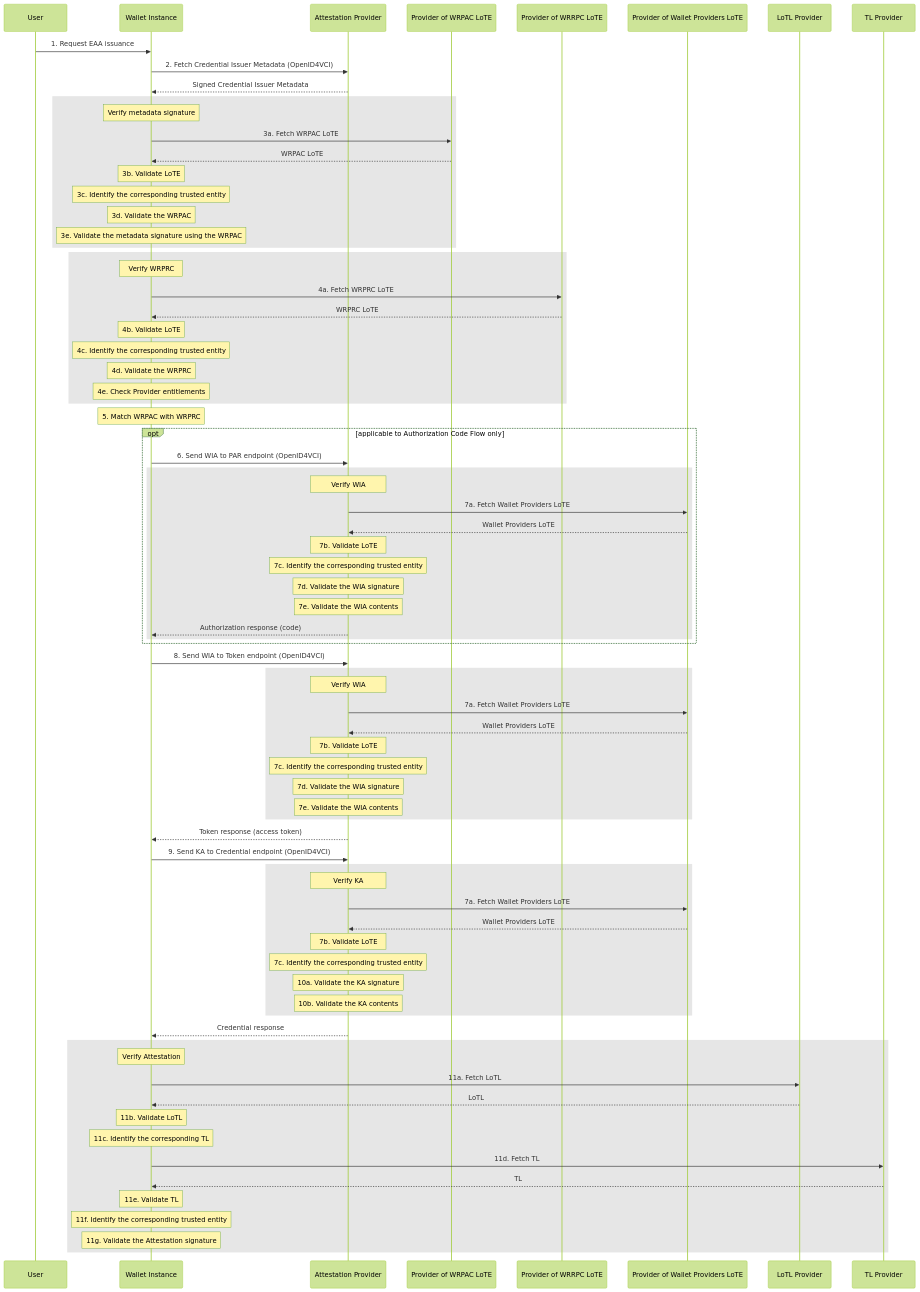
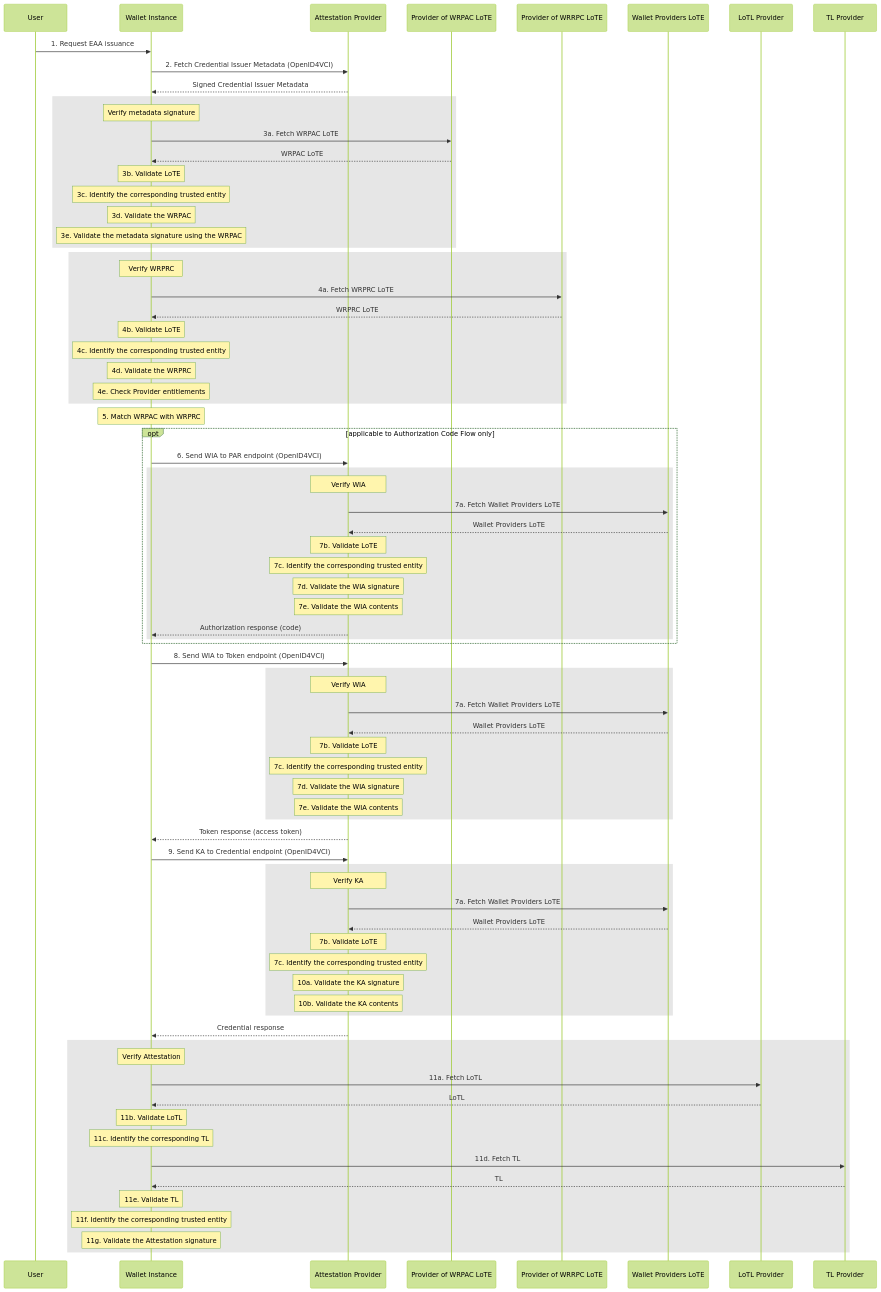
One commit to APTITUDE-Consortium/wp2-trust-specifications changed the diagram in docs/topics/trust-checks-issuance.md. Above: the diagram before and after it, drawn with Mermaid (forest theme).

Commit message:
Apply suggestions from code review

```diff
--- a/docs/topics/trust-checks-issuance.md
+++ b/docs/topics/trust-checks-issuance.md
@@ -6,7 +6,7 @@
     participant EAAProvider as Attestation Provider
     participant WRPACLoTE as Provider of WRPAC LoTE
     participant WRPCLoTE as Provider of WRRPC LoTE
-    participant WProvider as Provider of Wallet Providers LoTE
+    participant WProvider as Wallet Providers LoTE
     participant LoTL as LoTL Provider
     participant TL as TL Provider
 
```
